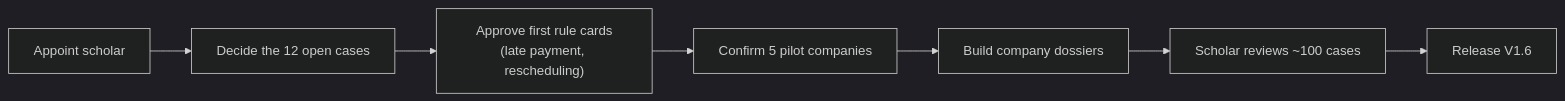
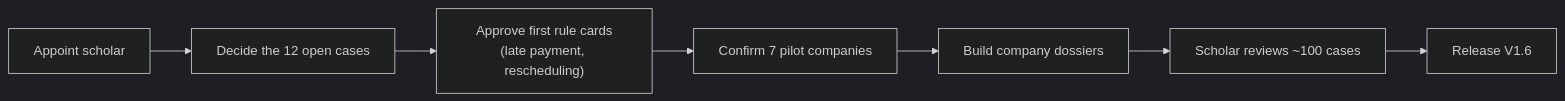
One commit to AhmedTElKodsh/Mushir-Sharia-Bot changed the ninth of 9 diagrams in .planning/sharia-compliance-chatbot/docs/client-guide.md. Above: the diagram before and after it, drawn with Mermaid (dark theme). The commit also changed other lines of this file and 11 other files, not shown here.

````diff
--- a/.planning/sharia-compliance-chatbot/docs/client-guide.md
+++ b/.planning/sharia-compliance-chatbot/docs/client-guide.md
@@ -303,9 +314,9 @@
 ```mermaid
 flowchart LR
     A["Appoint scholar"] --> B["Decide the 12 open cases"]
     B --> C["Approve first rule cards<br/>(late payment, rescheduling)"]
-    C --> D["Confirm 5 pilot companies"]
+    C --> D["Confirm 7 pilot companies"]
     D --> E["Build company dossiers"]
     E --> F["Scholar reviews ~100 cases"]
     F --> G["Release V1.6"]
 ```
````
